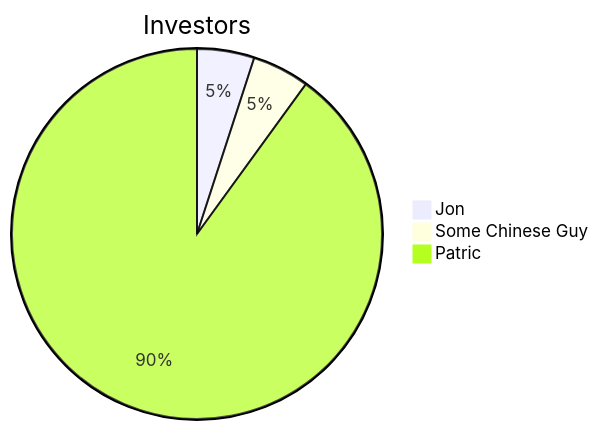
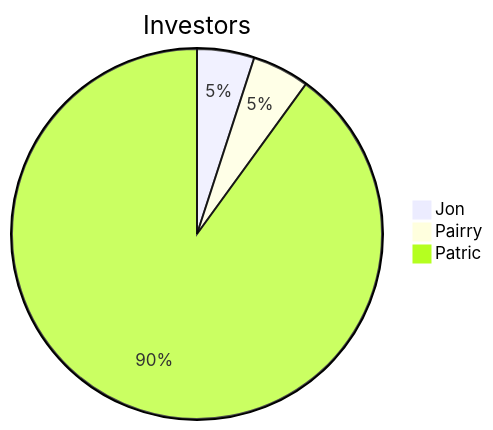
Before and after one commit to PatricCaviezel/breadSpawner: the diagram in README.md, drawn with Mermaid.

````diff
--- a/README.md
+++ b/README.md
@@ -4,7 +4,7 @@
 ```mermaid
 pie
   title Investors
   "Jon" : 5
-  "Some Chinese Guy" : 5
+  "Pairry" : 5
   "Patric" : 90
 ```
````
